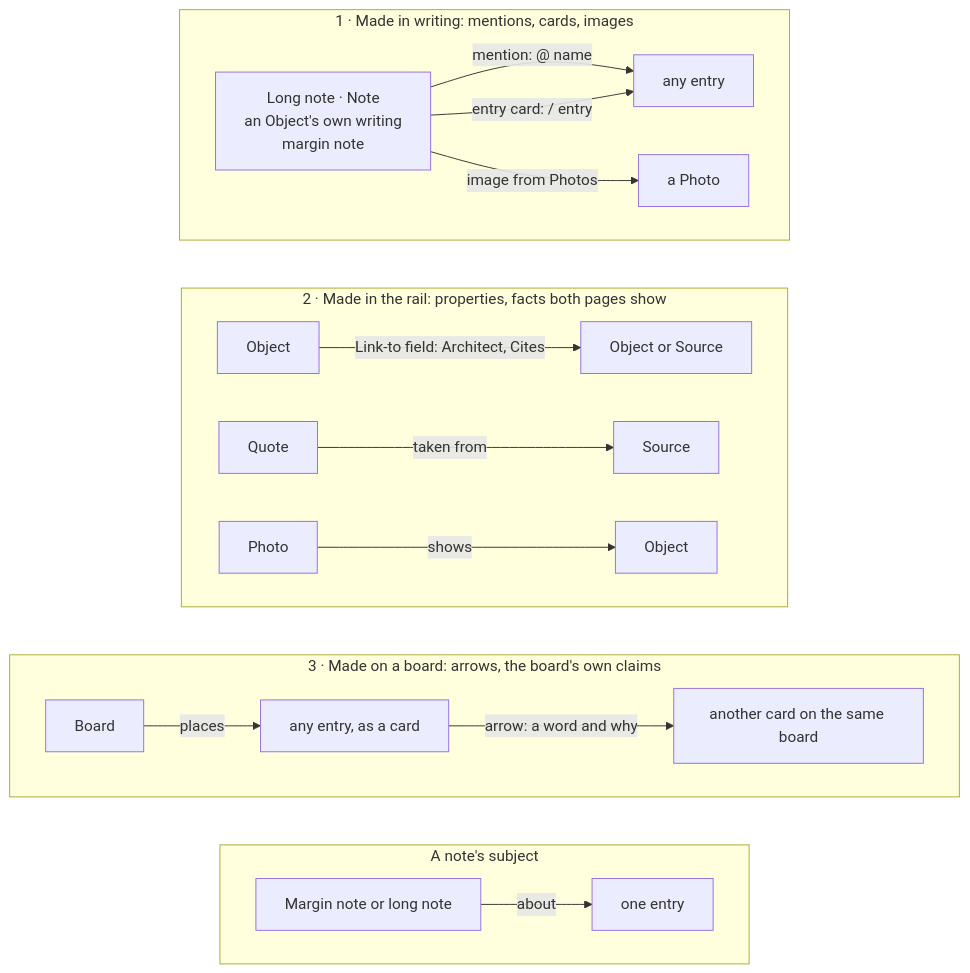
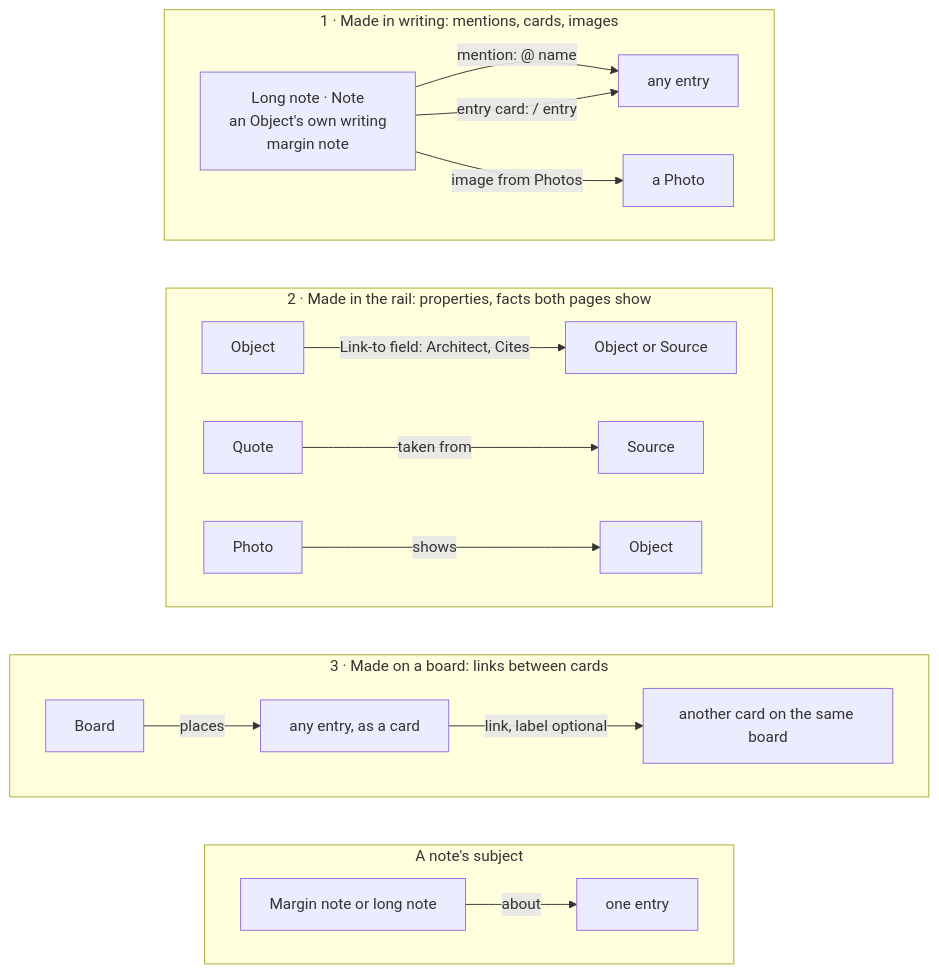
One commit to ahmedste/Studiolo_Manage changed the first of 6 diagrams in docs/superpowers/specs/2026-10-28-collections-and-linking-design.md. Above: the diagram before and after it, drawn with Mermaid. The commit also changed other lines of this file and 11 other files, not shown here.

First line of the commit message:
Templates: three generic ones plus a pre-made library; board links made simple

````diff
--- a/docs/superpowers/specs/2026-10-28-collections-and-linking-design.md
+++ b/docs/superpowers/specs/2026-10-28-collections-and-linking-design.md
@@ -229,25 +241,25 @@
 ```mermaid
 flowchart TB
   subgraph W["1 · Made in writing: mentions, cards, images"]
     direction LR
     W1["Long note · Note<br/>an Object's own writing<br/>margin note"] -- "mention: @ name" --> W2["any entry"]
     W1 -- "entry card: / entry" --> W2
     W1 -- "image from Photos" --> W3["a Photo"]
   end
   subgraph R["2 · Made in the rail: properties, facts both pages show"]
     direction LR
     R1["Object"] -- "Link-to field: Architect, Cites" --> R2["Object or Source"]
     R3["Quote"] -- "taken from" --> R4["Source"]
     R5["Photo"] -- "shows" --> R6["Object"]
   end
-  subgraph B["3 · Made on a board: arrows, the board's own claims"]
+  subgraph B["3 · Made on a board: links between cards"]
     direction LR
     B1["Board"] -- "places" --> B2["any entry, as a card"]
-    B2 -- "arrow: a word and why" --> B3["another card on the same board"]
+    B2 -- "link, label optional" --> B3["another card on the same board"]
   end
   subgraph A["A note's subject"]
     direction LR
     A1["Margin note or long note"] -- "about" --> A2["one entry"]
   end
   W ~~~ R ~~~ B ~~~ A
 ```
````
